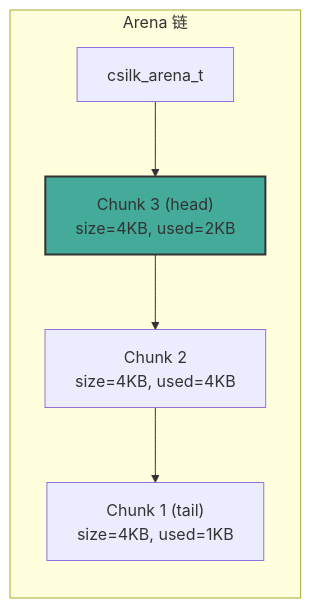
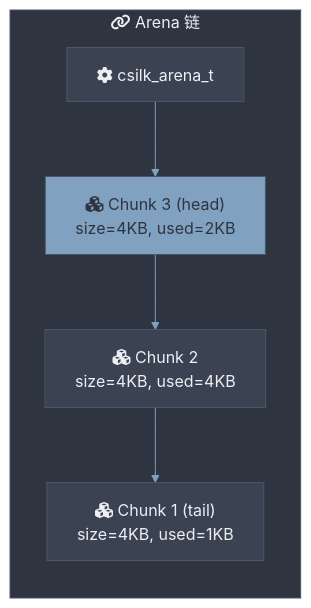
The second of 6 diagrams in docs/module-design/arena.md (quintin-lee/csilk), drawn with Mermaid before and after one commit. The commit also changed other lines of this file and 30 other files, not shown here.

Commit message:
docs(docs): 📝 apply Nord Mermaid theme, RFC 2119 keywords, and quantified metrics to all docs

````diff
--- a/docs/module-design/arena.md
+++ b/docs/module-design/arena.md
@@ -73,9 +97,31 @@
 ```mermaid
+%%{init: {
+  'theme': 'base',
+  'themeVariables': {
+    'background': '#2E3440',
+    'primaryColor': '#81A1C1',
+    'primaryBorderColor': '#4C566A',
+    'primaryTextColor': '#ECEFF4',
+    'secondaryColor': '#3B4252',
+    'secondaryBorderColor': '#434C5E',
+    'secondaryTextColor': '#D8DEE9',
+    'lineColor': '#81A1C1',
+    'textColor': '#ECEFF4',
+    'mainBkg': '#3B4252',
+    'nodeBorder': '#4C566A',
+    'clusterBkg': '#2E3440',
+    'clusterBorder': '#4C566A',
+    'titleColor': '#ECEFF4',
+    'edgeLabelBackground': '#3B4252',
+    'nodeTextColor': '#ECEFF4'
+  },
+  'flowchart': {'htmlLabels': true, 'curve': 'basis'}
+}}%%
 graph LR
-    subgraph "Arena 链"
-        ARENA["csilk_arena_t"] --> C3["Chunk 3 (head)<br/>size=4KB, used=2KB"]
-        C3 --> C2["Chunk 2<br/>size=4KB, used=4KB"]
-        C2 --> C1["Chunk 1 (tail)<br/>size=4KB, used=1KB"]
+    subgraph arena_chain["fa:fa-link Arena 链"]
+        ARENA["fa:fa-cog csilk_arena_t"] --> C3["fa:fa-cubes Chunk 3 (head)<br/>size=4KB, used=2KB"]
+        C3 --> C2["fa:fa-cubes Chunk 2<br/>size=4KB, used=4KB"]
+        C2 --> C1["fa:fa-cubes Chunk 1 (tail)<br/>size=4KB, used=1KB"]
     end
-    style C3 fill:#4a9,stroke:#333,stroke-width:2px
+    style C3 fill:#81A1C1,stroke:#4C566A,color:#2E3440
 ```
````
